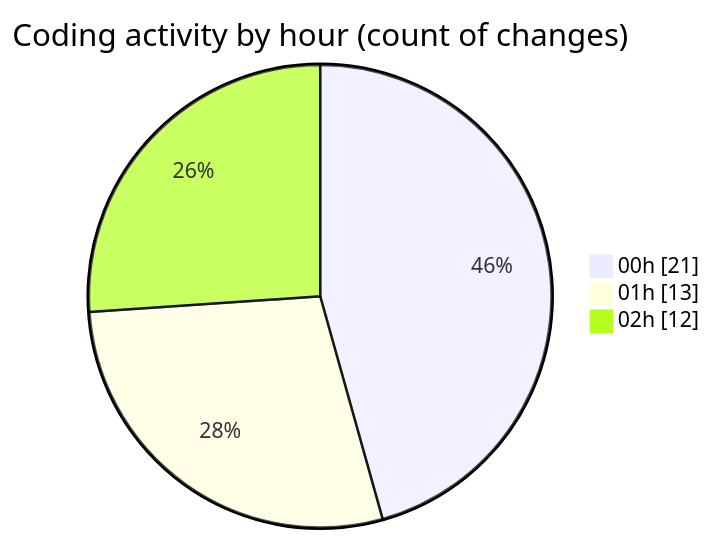
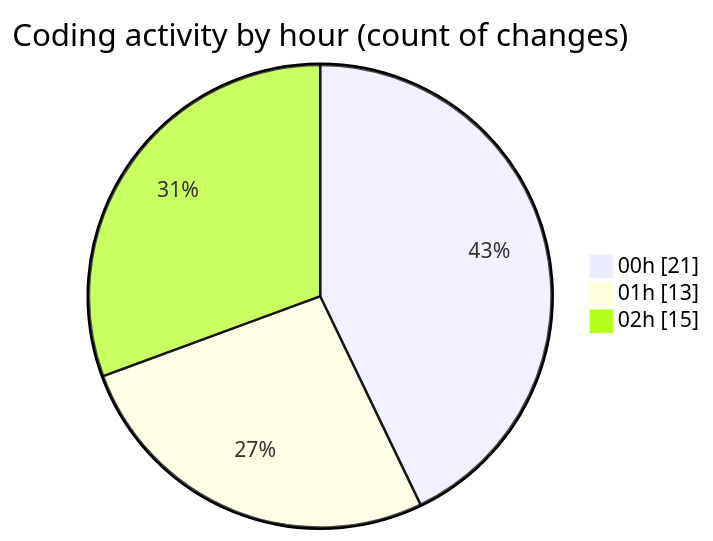
Before and after one commit to Ritupan-Deka/code-tracking: the second of 2 diagrams in 2025-06-22/___base/README.md, drawn with Mermaid. The commit also changed other lines of this file and 1 other file, not shown here.

````diff
--- a/2025-06-22/___base/README.md
+++ b/2025-06-22/___base/README.md
@@ -30,7 +30,7 @@
 ```mermaid
 pie showData
 title Coding activity by hour (count of changes)
 "00h" : 21
 "01h" : 13
-"02h" : 12
+"02h" : 15
 ```
````
